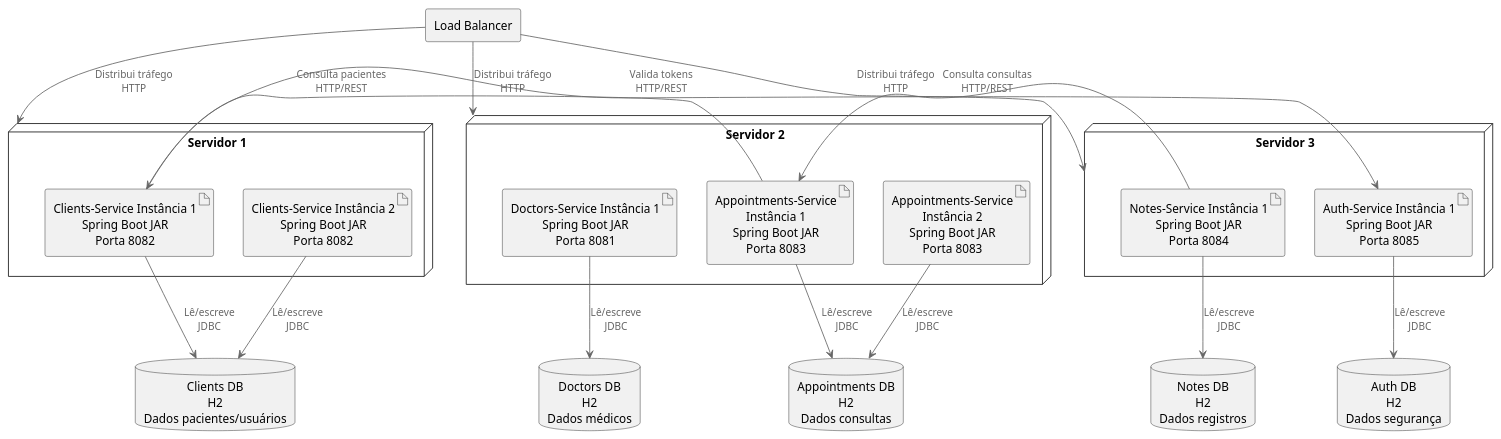
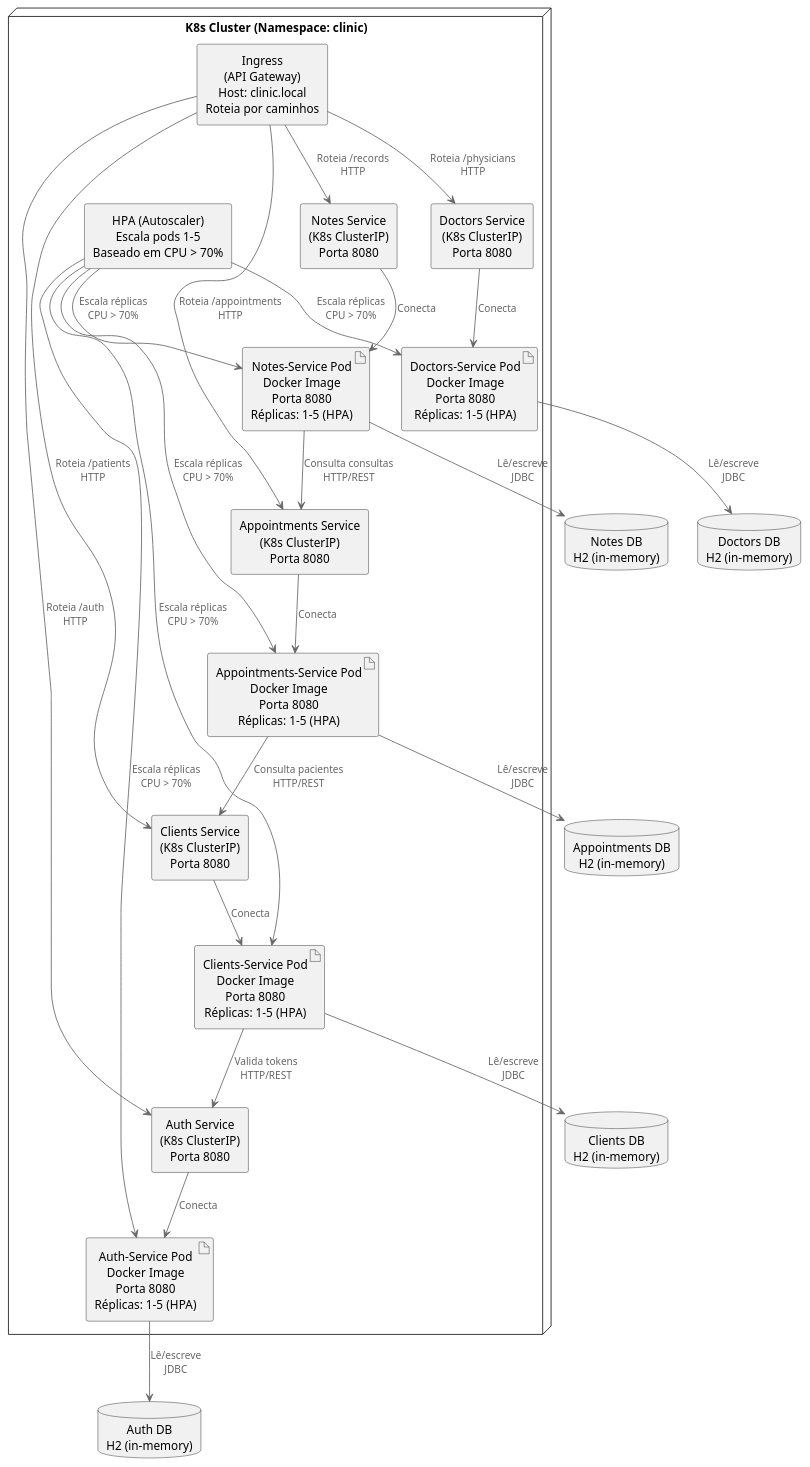
Before and after one commit to LucasSantanaAraujo/Distributed-System-Healthcare-Administration-Platform: the diagram in architecture/Physical_View_Diagram.puml, drawn with PlantUML. The commit also changed 2 other files, not shown here.

Commit message:
correção no physical diagram, context diagram e container diagram

```diff
--- a/architecture/Physical_View_Diagram.puml
+++ b/architecture/Physical_View_Diagram.puml
@@ -1,48 +1,63 @@
 @startuml Physical View - Deployment Diagram (HAP)
 !include https://raw.githubusercontent.com/plantuml-stdlib/C4-PlantUML/master/C4_Container.puml
 
-' Servidores genéricos (para implantação física)
-node "Servidor 1" as server1 {
-    artifact "Clients-Service Instância 1\nSpring Boot JAR\nPorta 8082" as clients_inst1
-    artifact "Clients-Service Instância 2\nSpring Boot JAR\nPorta 8082" as clients_inst2
+' K8s Cluster
+node "K8s Cluster (Namespace: clinic)" as k8s {
+    ' Ingress como API Gateway
+    rectangle "Ingress\n(API Gateway)\nHost: clinic.local\nRoteia por caminhos" as ingress
+
+    ' Pods (containers Docker)
+    artifact "Auth-Service Pod\nDocker Image\nPorta 8080\nRéplicas: 1-5 (HPA)" as auth_pod
+    artifact "Clients-Service Pod\nDocker Image\nPorta 8080\nRéplicas: 1-5 (HPA)" as clients_pod
+    artifact "Doctors-Service Pod\nDocker Image\nPorta 8080\nRéplicas: 1-5 (HPA)" as doctors_pod
+    artifact "Appointments-Service Pod\nDocker Image\nPorta 8080\nRéplicas: 1-5 (HPA)" as appointments_pod
+    artifact "Notes-Service Pod\nDocker Image\nPorta 8080\nRéplicas: 1-5 (HPA)" as notes_pod
+
+    ' K8s Services
+    rectangle "Auth Service\n(K8s ClusterIP)\nPorta 8080" as auth_svc
+    rectangle "Clients Service\n(K8s ClusterIP)\nPorta 8080" as clients_svc
+    rectangle "Doctors Service\n(K8s ClusterIP)\nPorta 8080" as doctors_svc
+    rectangle "Appointments Service\n(K8s ClusterIP)\nPorta 8080" as appointments_svc
+    rectangle "Notes Service\n(K8s ClusterIP)\nPorta 8080" as notes_svc
+
+    ' HPA para elasticidade
+    rectangle "HPA (Autoscaler)\nEscala pods 1-5\nBaseado em CPU > 70%" as hpa
 }
 
-node "Servidor 2" as server2 {
-    artifact "Doctors-Service Instância 1\nSpring Boot JAR\nPorta 8081" as doctors_inst1
-    artifact "Appointments-Service Instância 1\nSpring Boot JAR\nPorta 8083" as appointments_inst1
-    artifact "Appointments-Service Instância 2\nSpring Boot JAR\nPorta 8083" as appointments_inst2
-}
-
-node "Servidor 3" as server3 {
-    artifact "Notes-Service Instância 1\nSpring Boot JAR\nPorta 8084" as notes_inst1
-    artifact "Auth-Service Instância 1\nSpring Boot JAR\nPorta 8085" as auth_inst1
-}
-
-' DBs H2 isolados (único DB usado)
-database "Clients DB\nH2\nDados pacientes/usuários" as clients_db
-database "Doctors DB\nH2\nDados médicos" as doctors_db
-database "Appointments DB\nH2\nDados consultas" as appointments_db
-database "Notes DB\nH2\nDados registros" as notes_db
-database "Auth DB\nH2\nDados segurança" as auth_db
-
-' Load Balancer genérico
-rectangle "Load Balancer" as lb
+' DBs H2 (in-memory)
+database "Auth DB\nH2 (in-memory)" as auth_db
+database "Clients DB\nH2 (in-memory)" as clients_db
+database "Doctors DB\nH2 (in-memory)" as doctors_db
+database "Appointments DB\nH2 (in-memory)" as appointments_db
+database "Notes DB\nH2 (in-memory)" as notes_db
 
 ' Relações
-lb --> server1 : Distribui tráfego\nHTTP
-lb --> server2 : Distribui tráfego\nHTTP
-lb --> server3 : Distribui tráfego\nHTTP
+ingress --> auth_svc : Roteia /auth\nHTTP
+ingress --> clients_svc : Roteia /patients\nHTTP
+ingress --> doctors_svc : Roteia /physicians\nHTTP
+ingress --> appointments_svc : Roteia /appointments\nHTTP
+ingress --> notes_svc : Roteia /records\nHTTP
 
-clients_inst1 --> clients_db : Lê/escreve\nJDBC
-clients_inst2 --> clients_db : Lê/escreve\nJDBC
-doctors_inst1 --> doctors_db : Lê/escreve\nJDBC
-appointments_inst1 --> appointments_db : Lê/escreve\nJDBC
-appointments_inst2 --> appointments_db : Lê/escreve\nJDBC
-notes_inst1 --> notes_db : Lê/escreve\nJDBC
-auth_inst1 --> auth_db : Lê/escreve\nJDBC
+auth_svc --> auth_pod : Conecta
+clients_svc --> clients_pod : Conecta
+doctors_svc --> doctors_pod : Conecta
+appointments_svc --> appointments_pod : Conecta
+notes_svc --> notes_pod : Conecta
 
-' Comunicação entre serviços
-clients_inst1 --> auth_inst1 : Valida tokens\nHTTP/REST
-appointments_inst1 --> clients_inst1 : Consulta pacientes\nHTTP/REST
-notes_inst1 --> appointments_inst1 : Consulta consultas\nHTTP/REST
+hpa --> auth_pod : Escala réplicas\nCPU > 70%
+hpa --> clients_pod : Escala réplicas\nCPU > 70%
+hpa --> doctors_pod : Escala réplicas\nCPU > 70%
+hpa --> appointments_pod : Escala réplicas\nCPU > 70%
+hpa --> notes_pod : Escala réplicas\nCPU > 70%
+
+auth_pod --> auth_db : Lê/escreve\nJDBC
+clients_pod --> clients_db : Lê/escreve\nJDBC
+doctors_pod --> doctors_db : Lê/escreve\nJDBC
+appointments_pod --> appointments_db : Lê/escreve\nJDBC
+notes_pod --> notes_db : Lê/escreve\nJDBC
+
+' Comunicação interna via Services
+clients_pod --> auth_svc : Valida tokens\nHTTP/REST
+appointments_pod --> clients_svc : Consulta pacientes\nHTTP/REST
+notes_pod --> appointments_svc : Consulta consultas\nHTTP/REST
 @enduml
```
